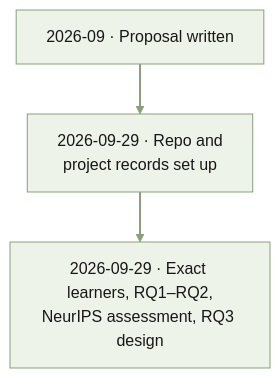
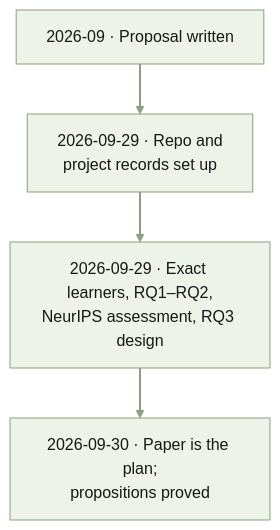
The diagram in MEMORY.md (quan-possible/description-icl), drawn with Mermaid before and after one commit. The commit also changed other lines of this file and 15 other files, not shown here.

First line of the commit message:
Make the paper the plan: prove Propositions 1 and 2, move the design record to the wiki, align the records

````diff
--- a/MEMORY.md
+++ b/MEMORY.md
@@ -10,11 +10,11 @@
 ```mermaid
 %%{init: {"theme":"base","themeVariables":{"fontFamily":"Inter, Clear Sans, Noto Sans, Helvetica Neue, Arial, Noto Sans CJK JP, sans-serif","fontSize":"16px","primaryTextColor":"#171717","lineColor":"#a8a8a8","mainBkg":"#ffffff","clusterBkg":"#ffffff","clusterBorder":"#ffffff","edgeLabelBackground":"#ffffff"},"flowchart":{"htmlLabels":true,"curve":"linear"}}}%%
 flowchart TD
     classDef green fill:#edf3e8,stroke:#8a9f7a,color:#171717,stroke-width:1px
     classDef edgeGreen stroke:#8a9f7a,color:#8a9f7a,stroke-width:2px
 
-    sep["2026-09 · Proposal written"] e1@--> setup["2026-09-29 · Repo and<br/>project records set up"] e2@--> assess["2026-09-29 · Exact learners, RQ1–RQ2,<br/>NeurIPS assessment, RQ3 design"]
+    sep["2026-09 · Proposal written"] e1@--> setup["2026-09-29 · Repo and<br/>project records set up"] e2@--> assess["2026-09-29 · Exact learners, RQ1–RQ2,<br/>NeurIPS assessment, RQ3 design"] e3@--> paper["2026-09-30 · Paper is the plan;<br/>propositions proved"]
 
-    class sep,setup,assess green
-    class e1,e2 edgeGreen
+    class sep,setup,assess,paper green
+    class e1,e2,e3 edgeGreen
 ```
````
